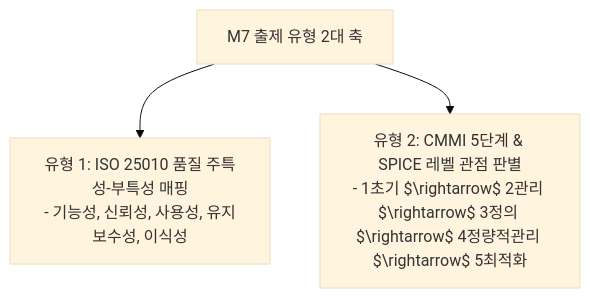
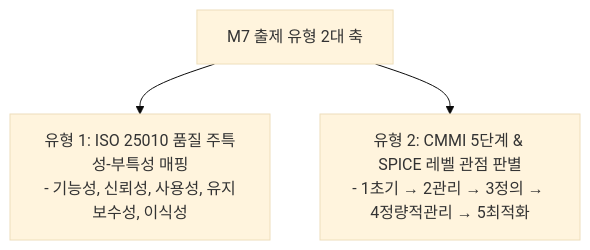
Before and after one commit to initbtn/blog: the diagram in content/posts/ncs-swe-module-9-software-quality-iso25010-cmmi-spice.md, drawn with Mermaid (base theme). The commit also changed other lines of this file and 15 other files, not shown here.

````diff
--- a/content/posts/ncs-swe-module-9-software-quality-iso25010-cmmi-spice.md
+++ b/content/posts/ncs-swe-module-9-software-quality-iso25010-cmmi-spice.md
@@ -14,10 +14,10 @@
 ```mermaid
 flowchart TD
     M7["M7 출제 유형 2대 축"]
     
     T1["유형 1: ISO 25010 품질 주특성-부특성 매핑<br>- 기능성, 신뢰성, 사용성, 유지보수성, 이식성"]
-    T2["유형 2: CMMI 5단계 & SPICE 레벨 관점 판별<br>- 1초기 $\rightarrow$ 2관리 $\rightarrow$ 3정의 $\rightarrow$ 4정량적관리 $\rightarrow$ 5최적화"]
+    T2["유형 2: CMMI 5단계 & SPICE 레벨 관점 판별<br>- 1초기 → 2관리 → 3정의 → 4정량적관리 → 5최적화"]
 
     M7 --> T1
     M7 --> T2
 ```
````
